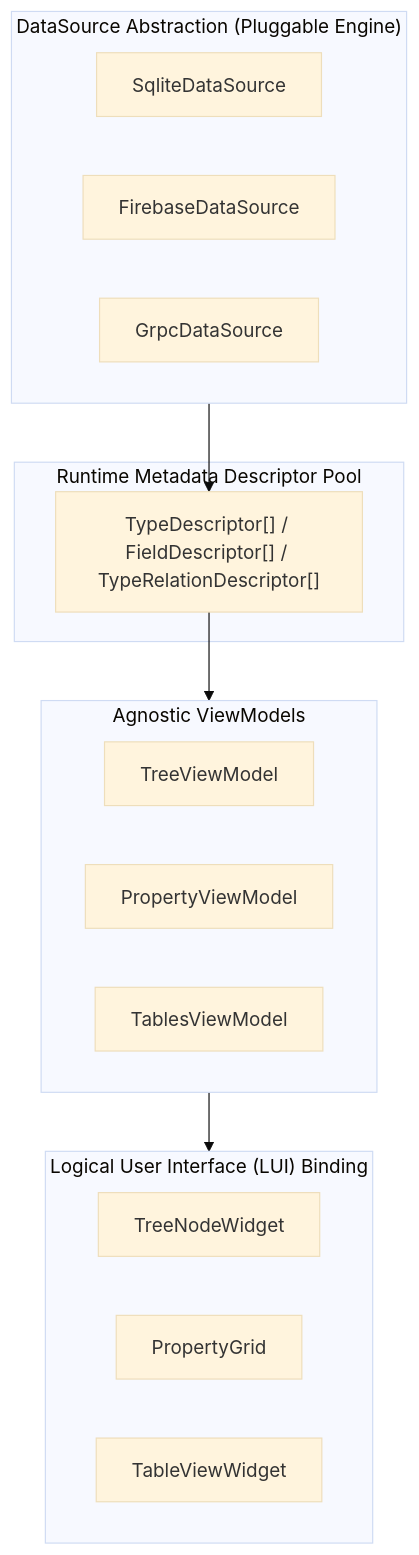
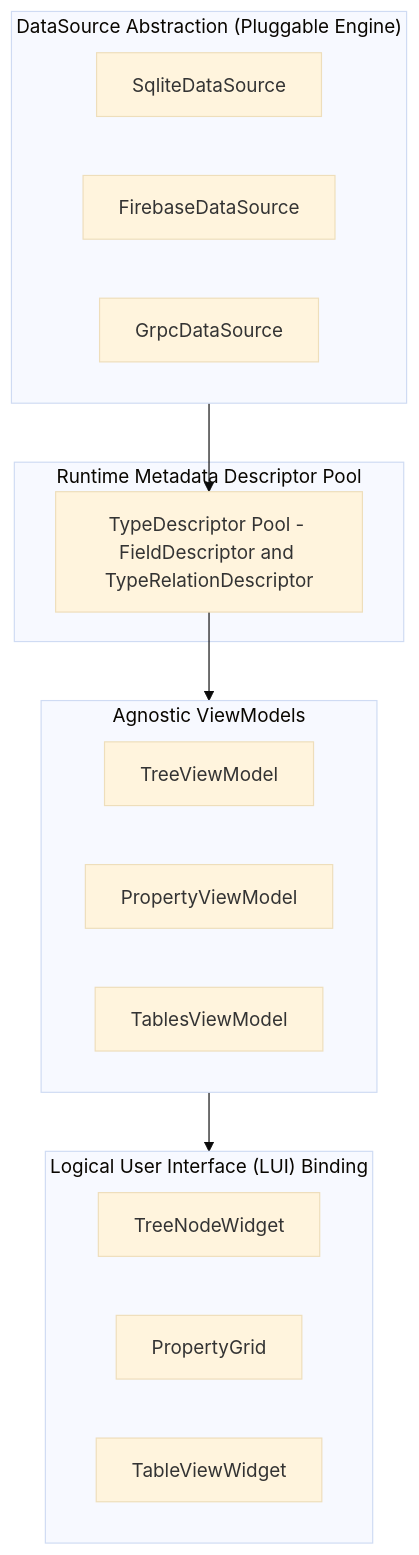
The diagram in docs/architecture/blueprints/RUNTIME_METADATA_ENGINE.md (gintatkinson/DEAP-spec-core), drawn with Mermaid (base theme) before and after one commit. The commit also changed 3 other files, not shown here.

````diff
--- a/docs/architecture/blueprints/RUNTIME_METADATA_ENGINE.md
+++ b/docs/architecture/blueprints/RUNTIME_METADATA_ENGINE.md
@@ -136,28 +136,28 @@
 ```mermaid
 flowchart TD
     subgraph DataSource_Layer ["DataSource Abstraction (Pluggable Engine)"]
         SqliteDS["SqliteDataSource"]
         FirebaseDS["FirebaseDataSource"]
         GrpcDS["GrpcDataSource"]
     end
 
     subgraph Metadata_Layer ["Runtime Metadata Descriptor Pool"]
-        TypeDesc["TypeDescriptor[] / FieldDescriptor[] / TypeRelationDescriptor[]"]
+        TypeDesc["TypeDescriptor Pool - FieldDescriptor and TypeRelationDescriptor"]
     end
 
     subgraph ViewModel_Layer ["Agnostic ViewModels"]
         TreeVM["TreeViewModel"]
         PropertyVM["PropertyViewModel"]
         TableVM["TablesViewModel"]
     end
 
     subgraph LUI_Layer ["Logical User Interface (LUI) Binding"]
         TreeWidget["TreeNodeWidget"]
         GridWidget["PropertyGrid"]
         TableWidget["TableViewWidget"]
     end
 
     DataSource_Layer --> TypeDesc
     TypeDesc --> ViewModel_Layer
     ViewModel_Layer --> LUI_Layer
 ```
````
